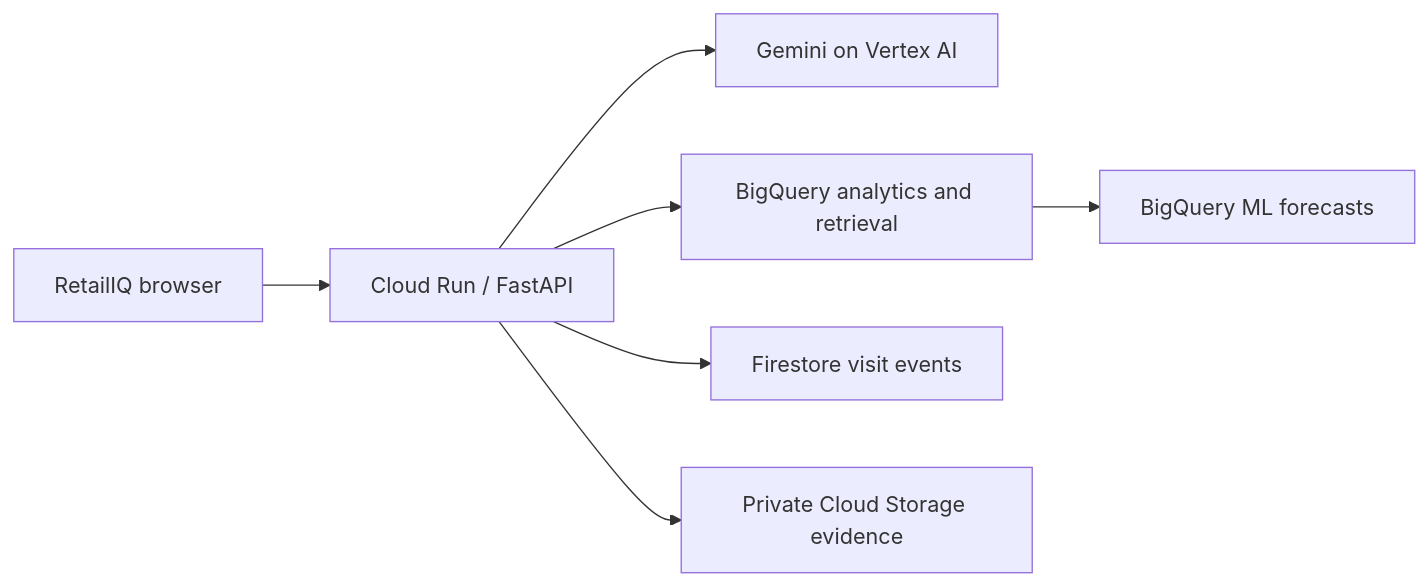
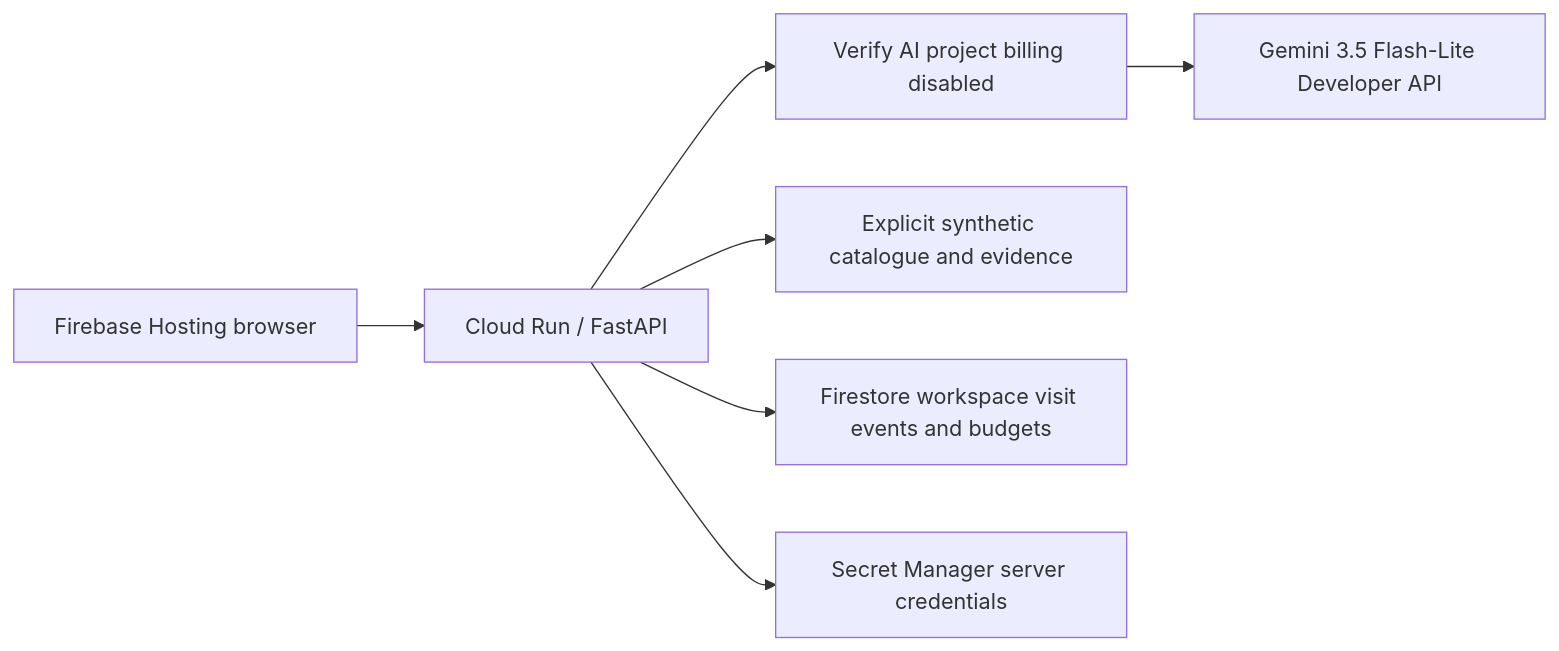
Before and after one commit to abhishek-0706/AI-BUILDER-CUP-2026: the diagram in README.md, drawn with Mermaid. The commit also changed other lines of this file and 40 other files, not shown here.

````diff
--- a/README.md
+++ b/README.md
@@ -75,9 +79,9 @@
 ```mermaid
 flowchart LR
-    UI[RetailIQ browser] --> API[Cloud Run / FastAPI]
-    API --> AI[Gemini on Vertex AI]
-    API --> BQ[BigQuery analytics and retrieval]
-    BQ --> ML[BigQuery ML forecasts]
-    API --> DB[Firestore visit events]
-    API --> GCS[Private Cloud Storage evidence]
+    UI[Firebase Hosting browser] --> API[Cloud Run / FastAPI]
+    API --> CHECK[Verify AI project billing disabled]
+    CHECK --> AI[Gemini 3.5 Flash-Lite Developer API]
+    API --> FIXTURE[Explicit synthetic catalogue and evidence]
+    API --> DB[Firestore workspace visit events and budgets]
+    API --> SECRET[Secret Manager server credentials]
 ```
````
